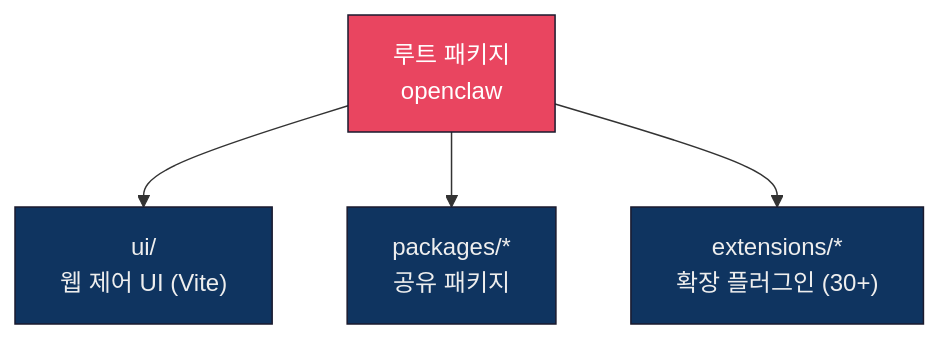
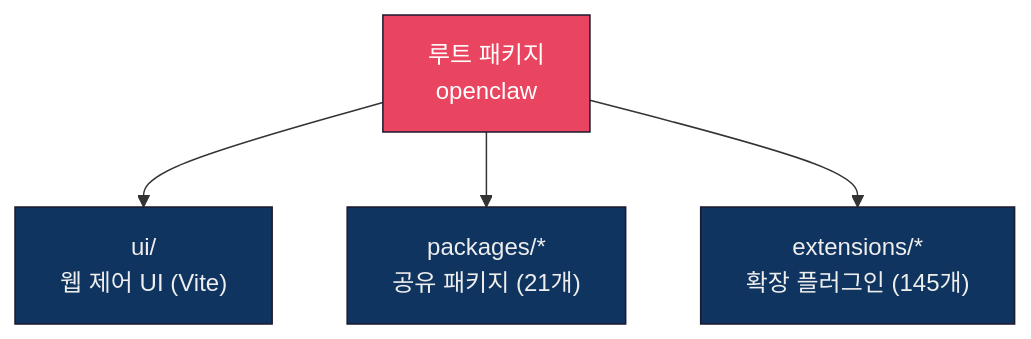
One commit to kgpark88/aiagent2026 changed the third of 7 diagrams in openclaw분석/10-빌드-배포-시스템.md. Above: the diagram before and after it, drawn with Mermaid. The commit also changed other lines of this file and 11 other files, not shown here.

````diff
--- a/openclaw분석/10-빌드-배포-시스템.md
+++ b/openclaw분석/10-빌드-배포-시스템.md
@@ -200,16 +204,16 @@
 ```mermaid
 graph TB
     Root["루트 패키지<br/>openclaw"]
     UI["ui/<br/>웹 제어 UI (Vite)"]
-    Packages["packages/*<br/>공유 패키지"]
-    Extensions["extensions/*<br/>확장 플러그인 (30+)"]
+    Packages["packages/*<br/>공유 패키지 (21개)"]
+    Extensions["extensions/*<br/>확장 플러그인 (145개)"]
 
     Root --> UI
     Root --> Packages
     Root --> Extensions
 
     style Root fill:#e94560,stroke:#1a1a2e,color:#fff
     style UI fill:#0f3460,stroke:#1a1a2e,color:#eee
     style Packages fill:#0f3460,stroke:#1a1a2e,color:#eee
     style Extensions fill:#0f3460,stroke:#1a1a2e,color:#eee
 ```
````
